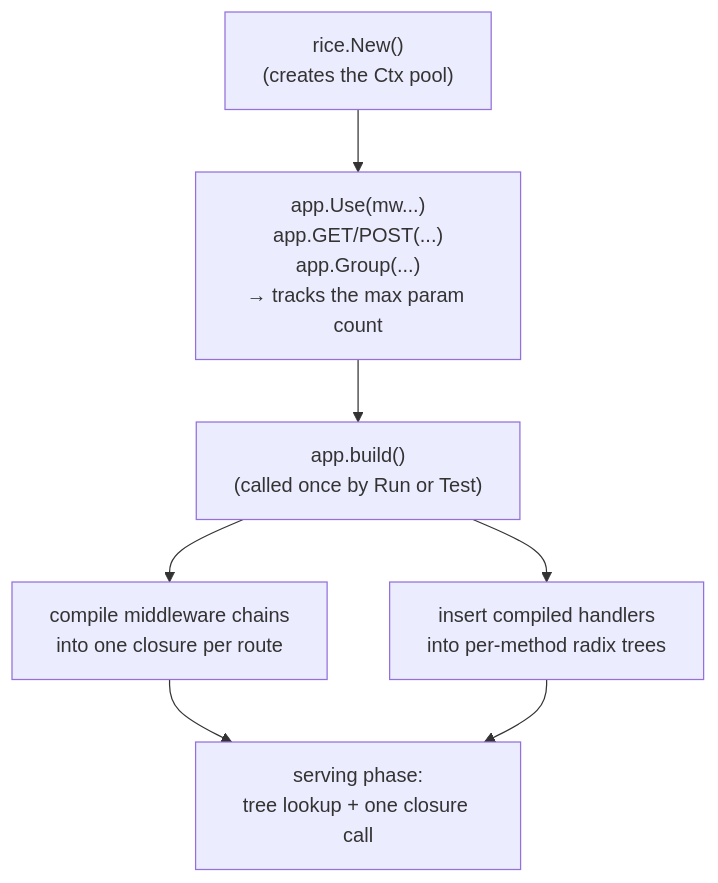
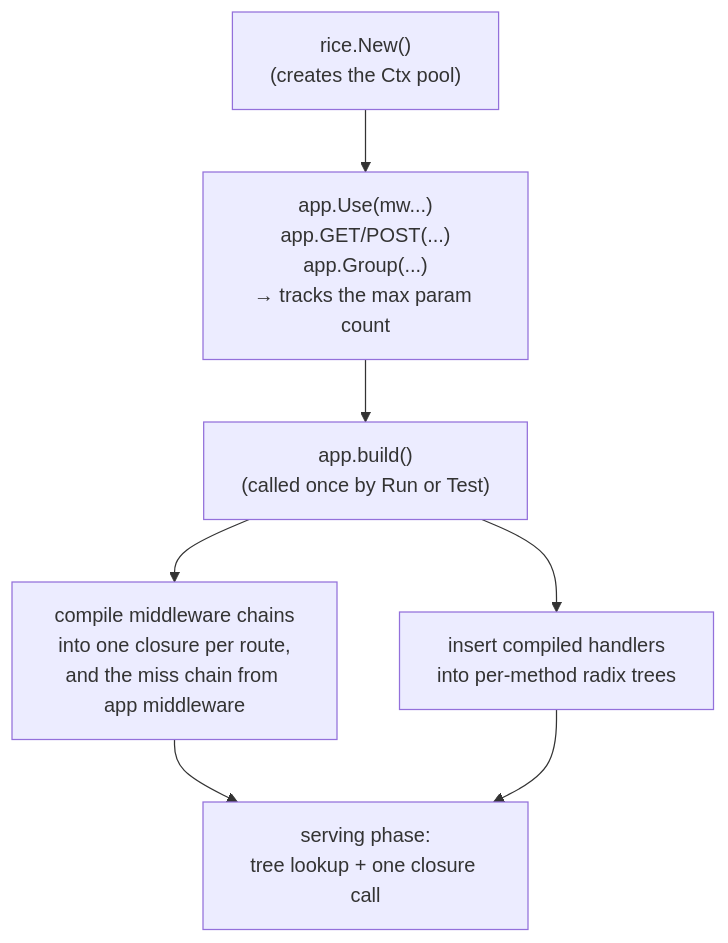
The first of 2 diagrams in docs/02-architecture.md (vietpham102301/rice-http), drawn with Mermaid before and after one commit. The commit also changed other lines of this file and 10 other files, not shown here.

````diff
--- a/docs/02-architecture.md
+++ b/docs/02-architecture.md
@@ -96,8 +100,8 @@
 ```mermaid
 flowchart TD
     A["rice.New()<br/>(creates the Ctx pool)"] --> B["app.Use(mw...)<br/>app.GET/POST(...)<br/>app.Group(...)<br/>→ tracks the max param count"]
     B --> C["app.build()<br/>(called once by Run or Test)"]
-    C --> C1["compile middleware chains<br/>into one closure per route"]
+    C --> C1["compile middleware chains<br/>into one closure per route,<br/>and the miss chain from app middleware"]
     C --> C2["insert compiled handlers<br/>into per-method radix trees"]
     C1 & C2 --> D["serving phase:<br/>tree lookup + one closure call"]
 ```
````
